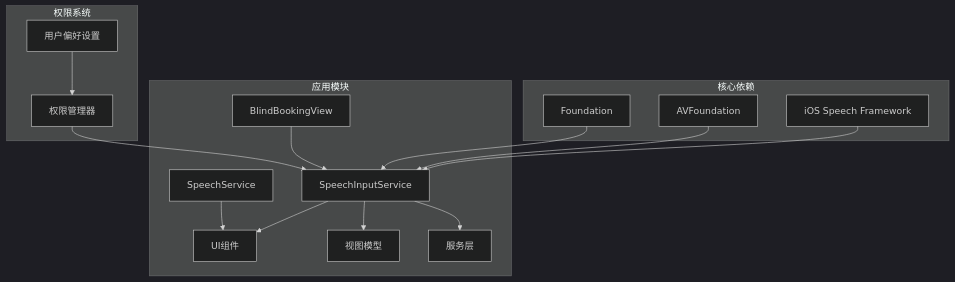
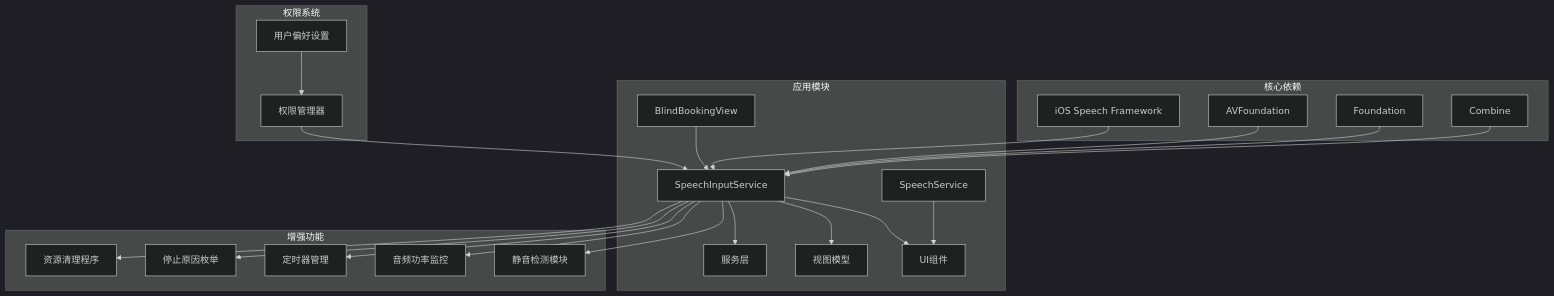
The ninth of 9 diagrams in .qoder/repowiki/zh/content/开发指南/编码规范与最佳实践/无障碍开发规范/语音输入集成.md (Jayden23018/blind-run-ios), drawn with Mermaid (dark theme) before and after one commit. The commit also changed other lines of this file and 15 other files, not shown here.

````diff
--- a/.qoder/repowiki/zh/content/开发指南/编码规范与最佳实践/无障碍开发规范/语音输入集成.md
+++ b/.qoder/repowiki/zh/content/开发指南/编码规范与最佳实践/无障碍开发规范/语音输入集成.md
@@ -302,30 +463,44 @@
 ```mermaid
 graph TB
 subgraph "核心依赖"
 SpeechFramework[iOS Speech Framework]
 AVFoundation[AVFoundation]
 Foundation[Foundation]
+Combine[Combine]
 end
 subgraph "应用模块"
 SpeechInputService[SpeechInputService]
 SpeechService[SpeechService]
 UIComponents[UI组件]
 ViewModel[视图模型]
 Services[服务层]
 BlindBookingView[BlindBookingView]
 end
 subgraph "权限系统"
 PermissionManager[权限管理器]
 UserPreferences[用户偏好设置]
 end
+subgraph "增强功能"
+SilenceDetection[静音检测模块]
+AudioPower[音频功率监控]
+TimerManagement[定时器管理]
+StopReasonEnum[停止原因枚举]
+ResourceCleanup[资源清理程序]
+end
 SpeechFramework --> SpeechInputService
 AVFoundation --> SpeechInputService
 Foundation --> SpeechInputService
+Combine --> SpeechInputService
 SpeechInputService --> UIComponents
 SpeechInputService --> ViewModel
 SpeechInputService --> Services
 SpeechService --> UIComponents
 BlindBookingView --> SpeechInputService
 PermissionManager --> SpeechInputService
 UserPreferences --> PermissionManager
+SpeechInputService --> SilenceDetection
+SpeechInputService --> AudioPower
+SpeechInputService --> TimerManagement
+SpeechInputService --> StopReasonEnum
+SpeechInputService --> ResourceCleanup
 ```
````
